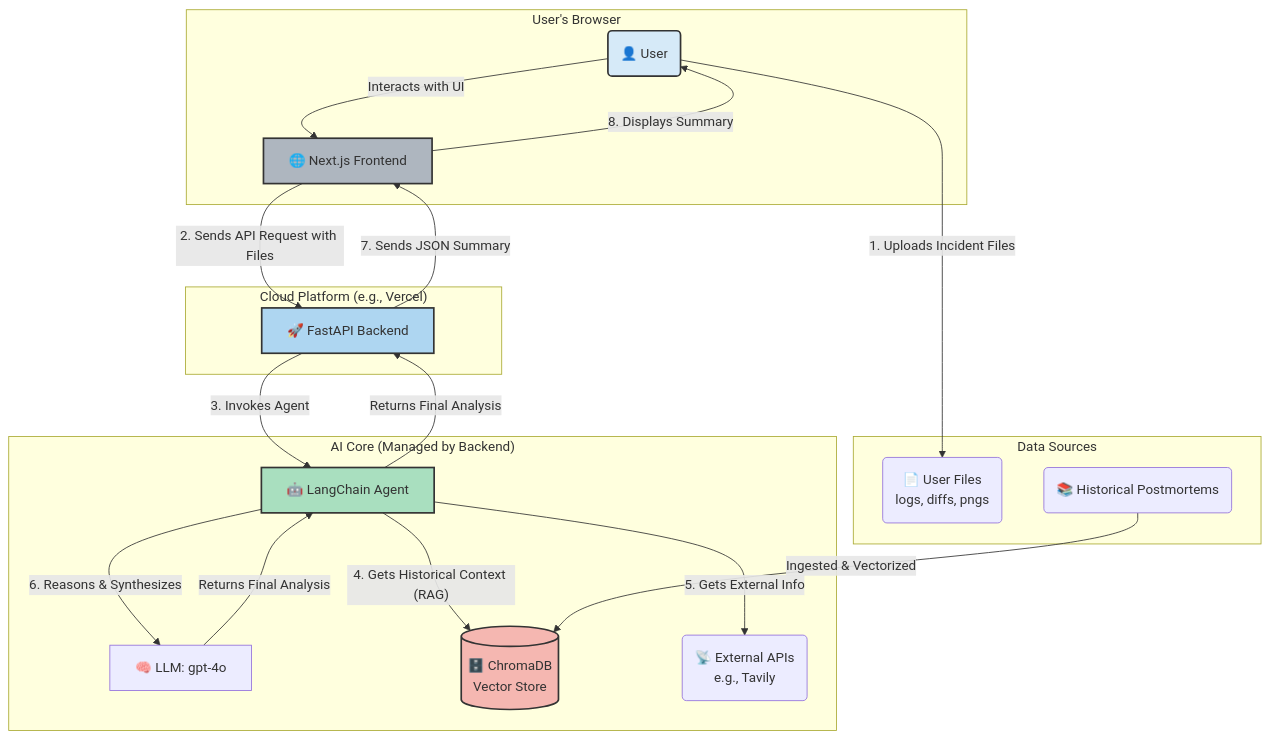
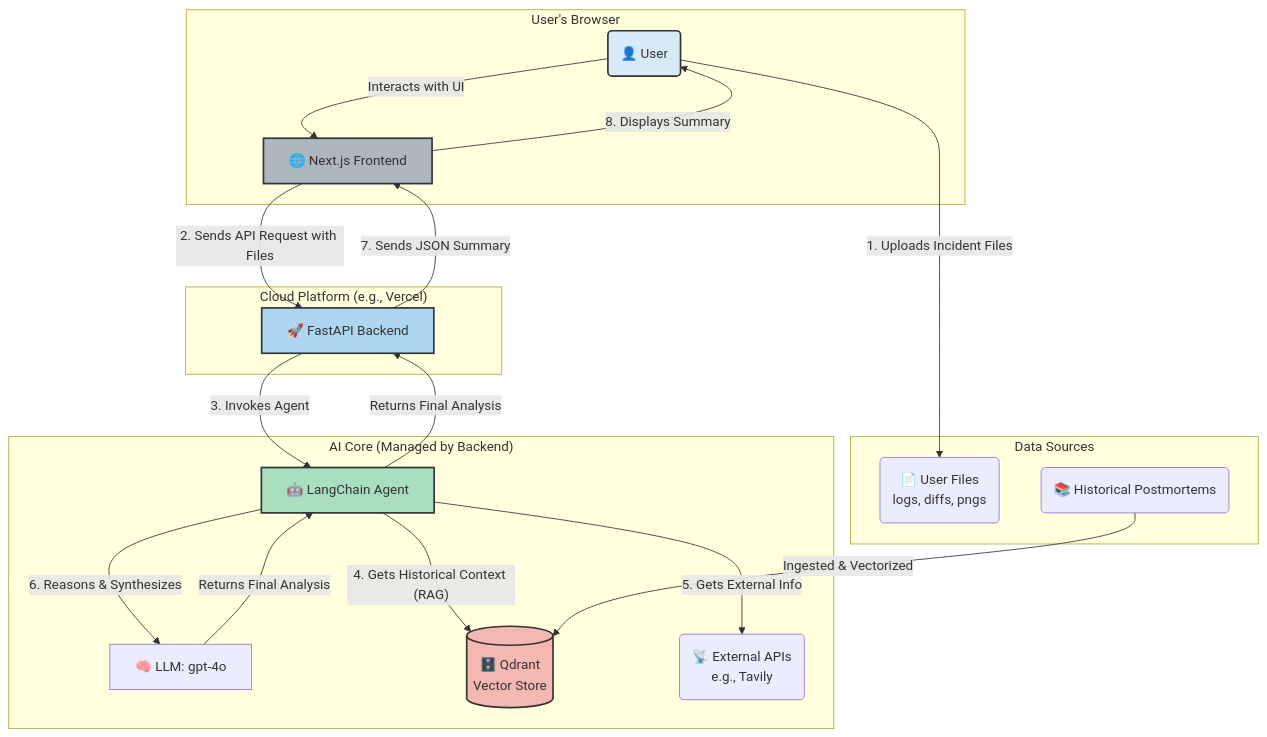
The diagram in Oncall Lens Plan.md (surbhimotghare/oncall-lens), drawn with Mermaid before and after one commit. The commit also changed other lines of this file and 7 other files, not shown here.

First line of the commit message:
feat: Migrate from ChromaDB to Qdrant vector database

````diff
--- a/Oncall Lens Plan.md
+++ b/Oncall Lens Plan.md
@@ -217,48 +217,48 @@
 ```mermaid
 graph TD
     subgraph "User's Browser"
         User(👤 User)
         Frontend[🌐 Next.js Frontend]
     end
 
     subgraph "Cloud Platform (e.g., Vercel)"
         Backend[🚀 FastAPI Backend]
     end
 
     subgraph "AI Core (Managed by Backend)"
         Agent[🤖 LangChain Agent]
         LLM[🧠 LLM: gpt-4o]
-        VDB[(🗄️ ChromaDB<br>Vector Store)]
+        VDB[(🗄️ Qdrant<br>Vector Store)]
         APIs(📡 External APIs<br>e.g., Tavily)
     end
 
     subgraph "Data Sources"
         Uploads(📄 User Files<br>logs, diffs, pngs)
         KnowledgeBase(📚 Historical Postmortems)
     end
 
     %% --- Flows ---
     User -- "Interacts with UI" --> Frontend
     User -- "1. Uploads Incident Files" --> Uploads
     Frontend -- "2. Sends API Request with Files" --> Backend
 
     Backend -- "3. Invokes Agent" --> Agent
     Agent -- "4. Gets Historical Context (RAG)" --> VDB
     Agent -- "5. Gets External Info" --> APIs
     Agent -- "6. Reasons & Synthesizes" --> LLM
 
     LLM -- "Returns Final Analysis" --> Agent
     Agent -- "Returns Final Analysis" --> Backend
     Backend -- "7. Sends JSON Summary" --> Frontend
     Frontend -- "8. Displays Summary" --> User
 
     %% --- Data Ingestion (Offline Process) ---
     KnowledgeBase -- "Ingested & Vectorized" --> VDB
 
     %% --- Styling ---
     style User fill:#D6EAF8,stroke:#333,stroke-width:2px
     style Frontend fill:#AEB6BF,stroke:#333,stroke-width:2px
     style Backend fill:#AED6F1,stroke:#333,stroke-width:2px
     style Agent fill:#A9DFBF,stroke:#333,stroke-width:2px
     style VDB fill:#F5B7B1,stroke:#333,stroke-width:2px
 ```
````
